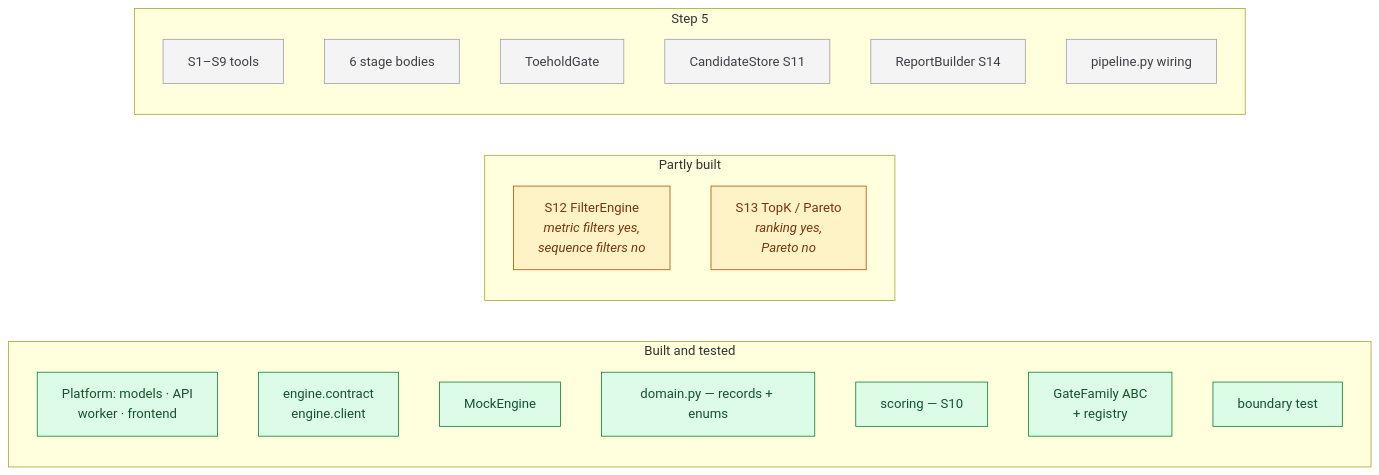
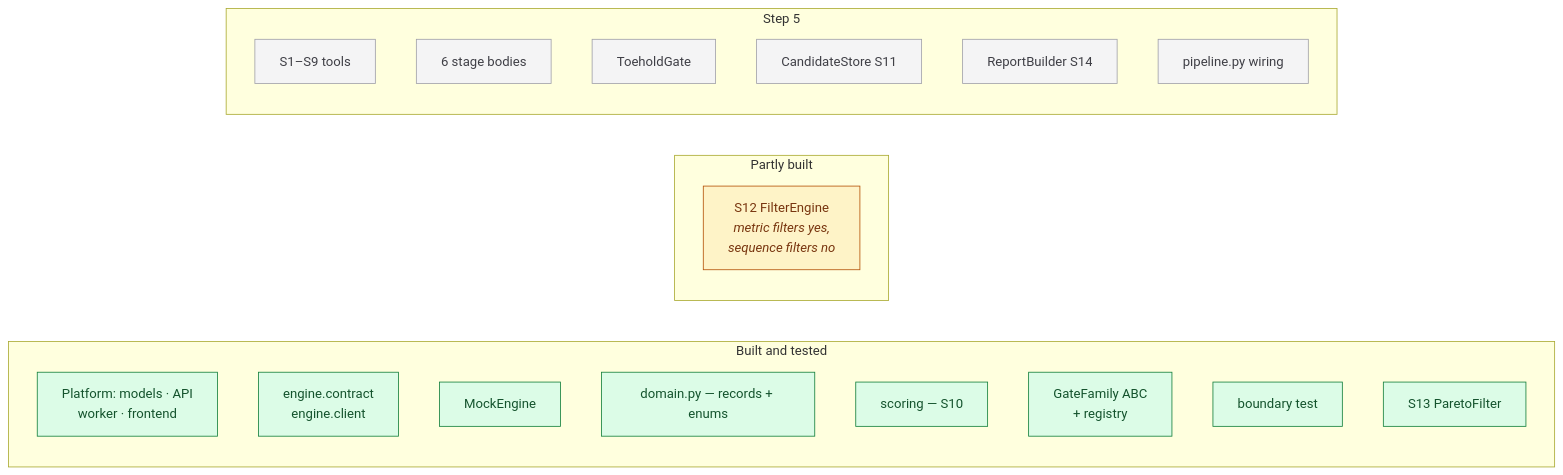
The sixth of 6 diagrams in docs/engine.md (zivbental/cernal_software), drawn with Mermaid before and after one commit. The commit also changed other lines of this file and 4 other files, not shown here.

First line of the commit message:
Promote AND-gate Pareto-front ranking to ParetoFilter (S13)

````diff
--- a/docs/engine.md
+++ b/docs/engine.md
@@ -1112,33 +1112,33 @@
 ```mermaid
 flowchart LR
     subgraph done["Built and tested"]
         D1["Platform: models · API<br/>worker · frontend"]
         D2["engine.contract<br/>engine.client"]
         D3["MockEngine"]
         D4["domain.py — records + enums"]
         D5["scoring — S10"]
         D6["GateFamily ABC<br/>+ registry"]
         D7["boundary test"]
+        D8["S13 ParetoFilter"]
     end
 
     subgraph partial["Partly built"]
         P1["S12 FilterEngine<br/><i>metric filters yes,<br/>sequence filters no</i>"]
-        P2["S13 TopK / Pareto<br/><i>ranking yes,<br/>Pareto no</i>"]
     end
 
     subgraph todo["Step 5"]
         T1["S1–S9 tools"]
         T2["6 stage bodies"]
         T3["ToeholdGate"]
         T4["CandidateStore S11"]
         T5["ReportBuilder S14"]
         T6["pipeline.py wiring"]
     end
 
     classDef built fill:#dcfce7,stroke:#15803d,color:#14532d
     classDef part fill:#fef3c7,stroke:#b45309,color:#78350f
     classDef todo2 fill:#f4f4f5,stroke:#a1a1aa,color:#3f3f46
-    class D1,D2,D3,D4,D5,D6,D7 built
-    class P1,P2 part
+    class D1,D2,D3,D4,D5,D6,D7,D8 built
+    class P1 part
     class T1,T2,T3,T4,T5,T6 todo2
 ```
````
